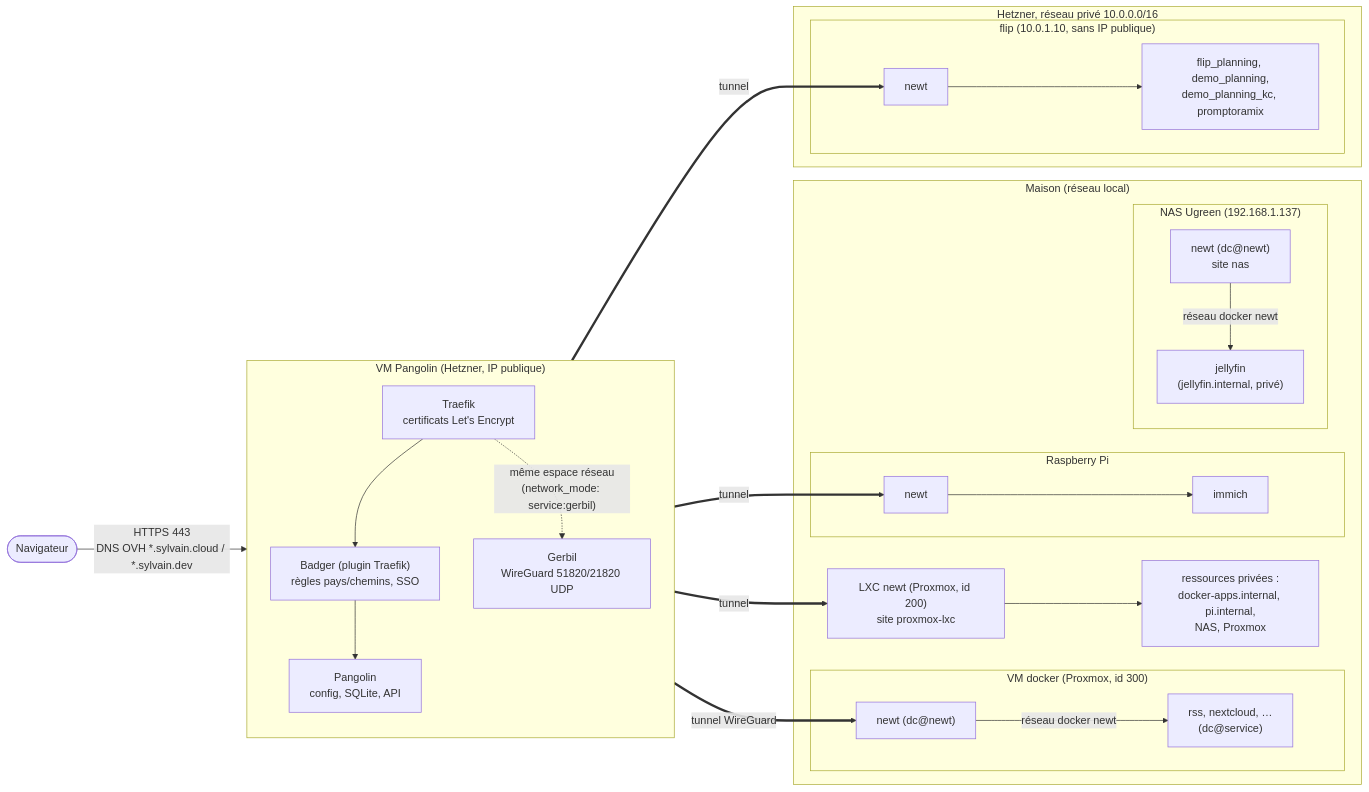
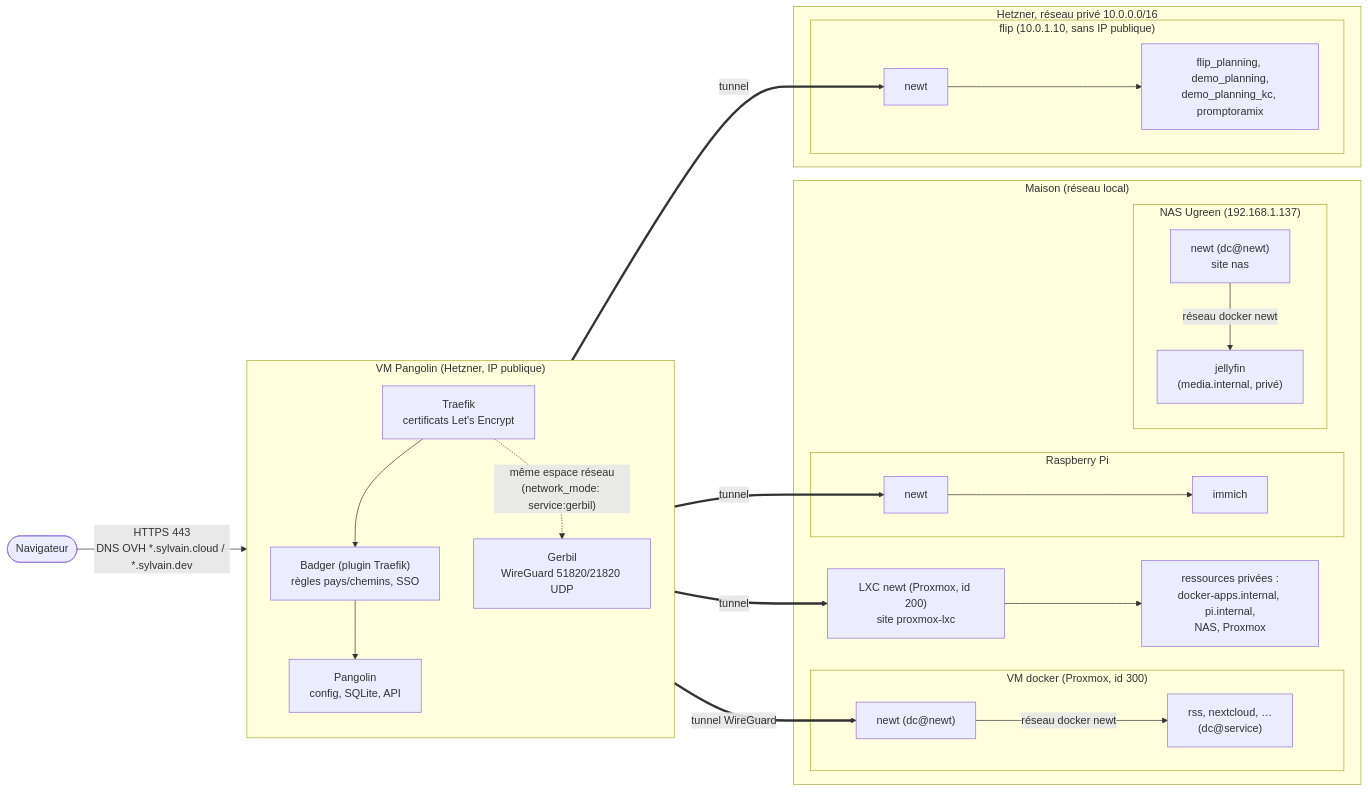
The first of 4 diagrams in docs/architecture.md (sylvainmetayer/homelab), drawn with Mermaid before and after one commit. The commit also changed 7 other files, not shown here.

First line of the commit message:
feat(jellyfin): ressource privée media.internal

````diff
--- a/docs/architecture.md
+++ b/docs/architecture.md
@@ -9,38 +9,38 @@
 ```mermaid
 flowchart LR
   user([Navigateur]) -- "HTTPS 443<br/>DNS OVH *.sylvain.cloud / *.sylvain.dev" --> traefik
 
   subgraph pangolin_vm["VM Pangolin (Hetzner, IP publique)"]
     direction TB
     traefik["Traefik<br/>certificats Let's Encrypt"]
     badger["Badger (plugin Traefik)<br/>règles pays/chemins, SSO"]
     pangolin_app["Pangolin<br/>config, SQLite, API"]
     gerbil["Gerbil<br/>WireGuard 51820/21820 UDP"]
     traefik --> badger --> pangolin_app
     traefik -. "même espace réseau<br/>(network_mode: service:gerbil)" .-> gerbil
   end
 
   gerbil == "tunnel WireGuard" ==> newt_docker
   gerbil == tunnel ==> newt_pi
   gerbil == tunnel ==> newt_flip
   gerbil == tunnel ==> newt_lxc
 
   subgraph home["Maison (réseau local)"]
     subgraph docker_vm["VM docker (Proxmox, id 300)"]
       newt_docker["newt (dc@newt)"] -- "réseau docker newt" --> app1["rss, nextcloud, …<br/>(dc@service)"]
     end
     subgraph pi["Raspberry Pi"]
       newt_pi[newt] --> immich[immich]
     end
     newt_lxc["LXC newt (Proxmox, id 200)<br/>site proxmox-lxc"] --> lan["ressources privées :<br/>docker-apps.internal, pi.internal,<br/>NAS, Proxmox"]
     subgraph nas["NAS Ugreen (192.168.1.137)"]
-      newt_nas["newt (dc@newt)<br/>site nas"] -- "réseau docker newt" --> jellyfin["jellyfin<br/>(jellyfin.internal, privé)"]
+      newt_nas["newt (dc@newt)<br/>site nas"] -- "réseau docker newt" --> jellyfin["jellyfin<br/>(media.internal, privé)"]
     end
   end
 
   subgraph hetzner_priv["Hetzner, réseau privé 10.0.0.0/16"]
     subgraph flip["flip (10.0.1.10, sans IP publique)"]
       newt_flip[newt] --> fp["flip_planning, demo_planning,<br/>demo_planning_kc, promptoramix"]
     end
   end
 ```
````
